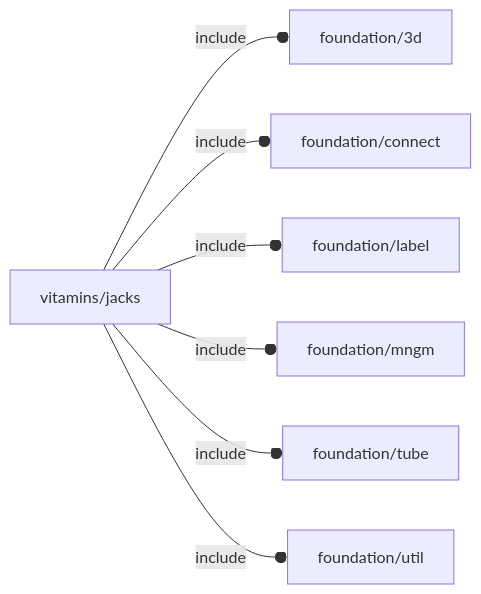
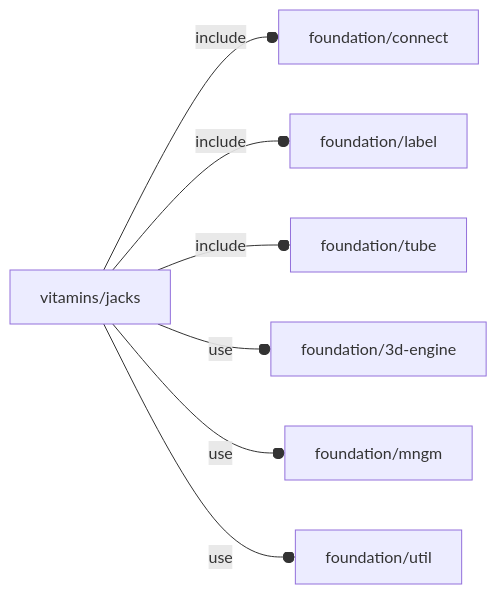
Before and after one commit to ggabbiani/OFL: the diagram in orthodocs/vitamins/jacks.md, drawn with Mermaid. The commit also changed other lines of this file and 74 other files, not shown here.

````diff
--- a/orthodocs/vitamins/jacks.md
+++ b/orthodocs/vitamins/jacks.md
@@ -5,9 +5,9 @@
 ```mermaid
 graph LR
-    A1[vitamins/jacks] --o|include| A2[foundation/3d]
-    A1 --o|include| A3[foundation/connect]
-    A1 --o|include| A4[foundation/label]
-    A1 --o|include| A5[foundation/mngm]
-    A1 --o|include| A6[foundation/tube]
-    A1 --o|include| A7[foundation/util]
+    A1[vitamins/jacks] --o|include| A2[foundation/connect]
+    A1 --o|include| A3[foundation/label]
+    A1 --o|include| A4[foundation/tube]
+    A1 --o|use| A5[foundation/3d-engine]
+    A1 --o|use| A6[foundation/mngm]
+    A1 --o|use| A7[foundation/util]
 ```
````
